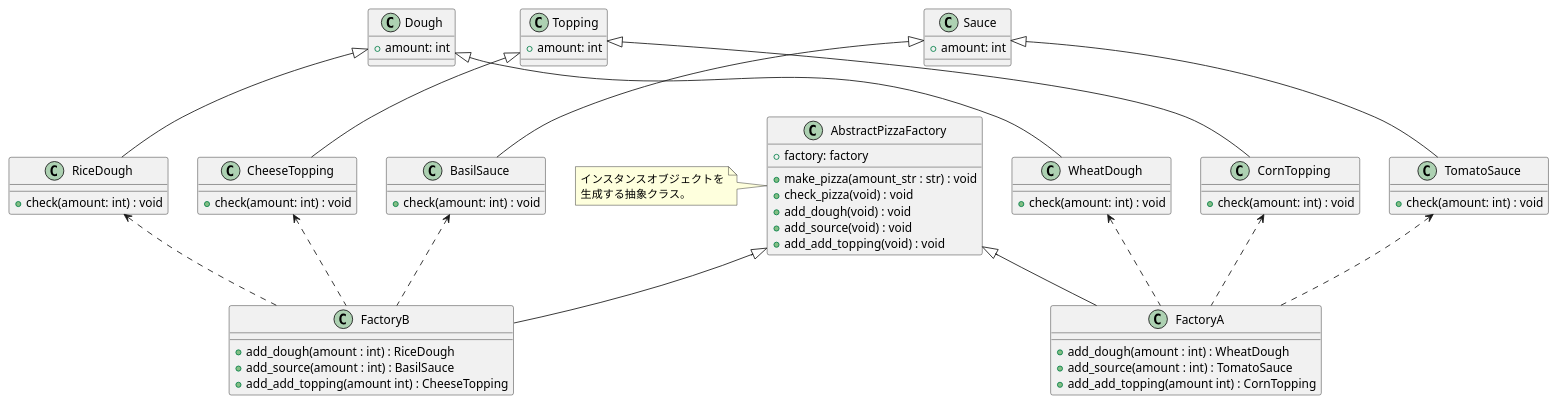
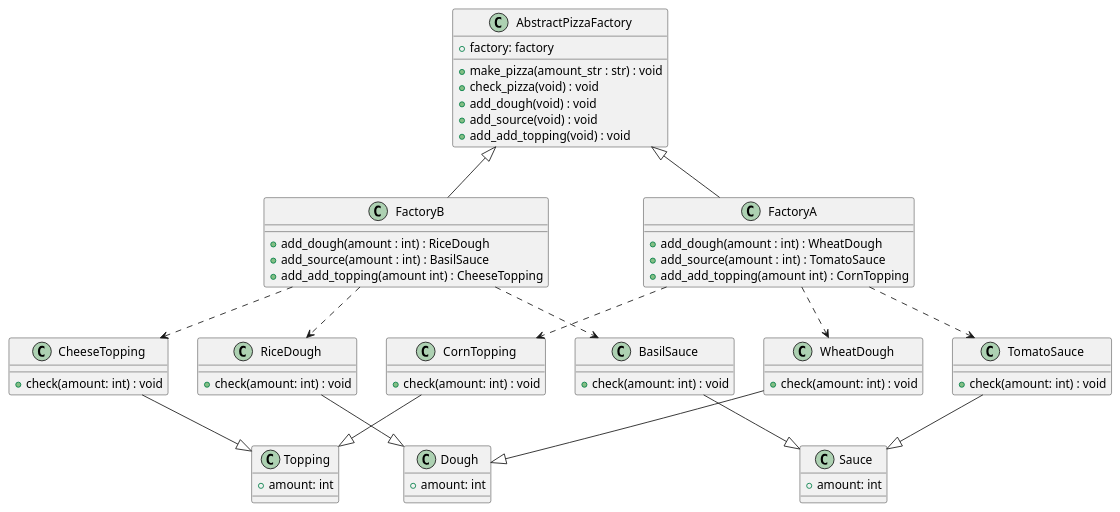
The diagram in practice/Abstract_Factory/pizza_factory/suzuki/design.md (Design-Practice-Team/design), drawn with PlantUML before and after one commit. The commit also changed other lines of this file, not shown here.

Commit message:
クラス図修正

```diff
--- a/practice/Abstract_Factory/pizza_factory/suzuki/design.md
+++ b/practice/Abstract_Factory/pizza_factory/suzuki/design.md
@@ -4,22 +9,22 @@
 AbstractPizzaFactory <|-- FactoryA
 AbstractPizzaFactory <|-- FactoryB
 
-Dough <|-- WheatDough
-Dough <|-- RiceDough
+Dough <|-up- WheatDough
+Dough <|-up- RiceDough
 
-Sauce <|-- TomatoSauce
-Sauce <|-- BasilSauce
+Sauce <|-up- TomatoSauce
+Sauce <|-up- BasilSauce
 
-Topping <|-- CornTopping
-Topping <|-- CheeseTopping
+Topping <|-up- CornTopping
+Topping <|-up- CheeseTopping
 
-WheatDough <.. FactoryA
-TomatoSauce <.. FactoryA
-CornTopping <.. FactoryA
+WheatDough <.up. FactoryA
+TomatoSauce <.up. FactoryA
+CornTopping <.up. FactoryA
 
-RiceDough <.. FactoryB
-BasilSauce <.. FactoryB
-CheeseTopping <.. FactoryB
+RiceDough <.up. FactoryB
+BasilSauce <.up. FactoryB
+CheeseTopping <.up. FactoryB
 
 
 class AbstractPizzaFactory {
@@ -31,10 +36,6 @@
     + add_add_topping(void) : void
 }
 
-note left of AbstractPizzaFactory
-    インスタンスオブジェクトを
-    生成する抽象クラス。
-end note
 
 class FactoryA {
     + add_dough(amount : int) : WheatDough
```
